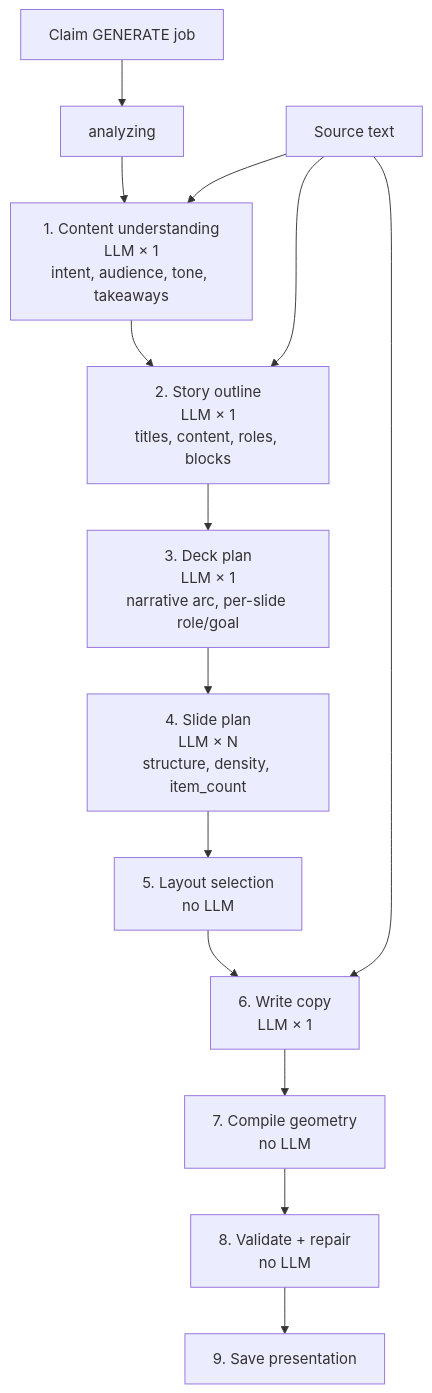
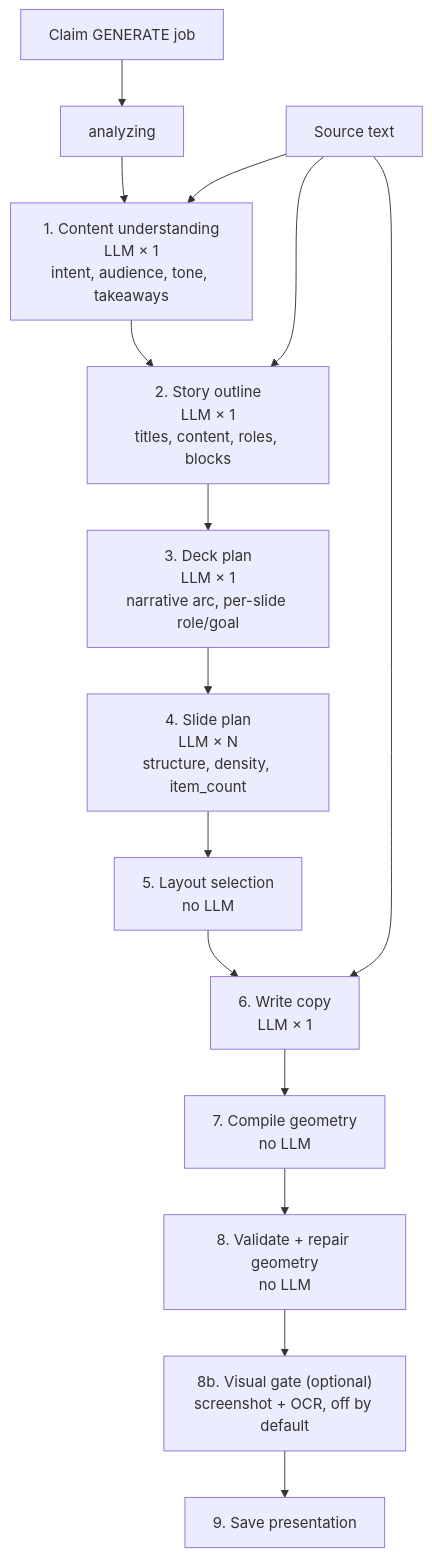
One commit to xuanthai-work/gapo-slidegen changed the second of 5 diagrams in docs/generation-pipeline-architecture.md. Above: the diagram before and after it, drawn with Mermaid. The commit also changed other lines of this file and 4 other files, not shown here.

Commit message:
docs: describe the optional visual readability gate

````diff
--- a/docs/generation-pipeline-architecture.md
+++ b/docs/generation-pipeline-architecture.md
@@ -36,17 +38,18 @@
 ```mermaid
 flowchart TD
   Claim["Claim GENERATE job"] --> Analyze["analyzing"]
   Analyze --> Understand["1. Content understanding<br/>LLM × 1<br/>intent, audience, tone, takeaways"]
   Understand --> Outline["2. Story outline<br/>LLM × 1<br/>titles, content, roles, blocks"]
   Outline --> Deck["3. Deck plan<br/>LLM × 1<br/>narrative arc, per-slide role/goal"]
   Deck --> SlidePlan["4. Slide plan<br/>LLM × N<br/>structure, density, item_count"]
   SlidePlan --> Layout["5. Layout selection<br/>no LLM"]
   Layout --> Copy["6. Write copy<br/>LLM × 1"]
   Copy --> Compile["7. Compile geometry<br/>no LLM"]
-  Compile --> Validate["8. Validate + repair<br/>no LLM"]
-  Validate --> Save["9. Save presentation"]
+  Compile --> Validate["8. Validate + repair geometry<br/>no LLM"]
+  Validate --> Visual["8b. Visual gate (optional)<br/>screenshot + OCR, off by default"]
+  Visual --> Save["9. Save presentation"]
 
   SourceText["Source text"] --> Understand
   SourceText --> Outline
   SourceText --> Copy
 ```
````
